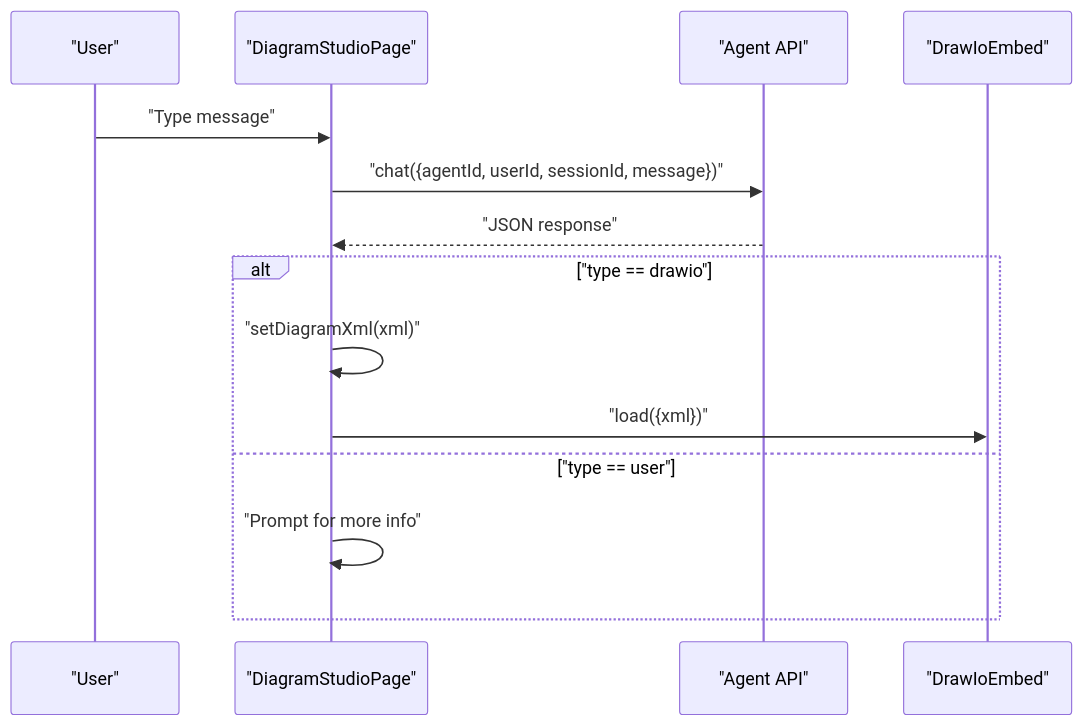
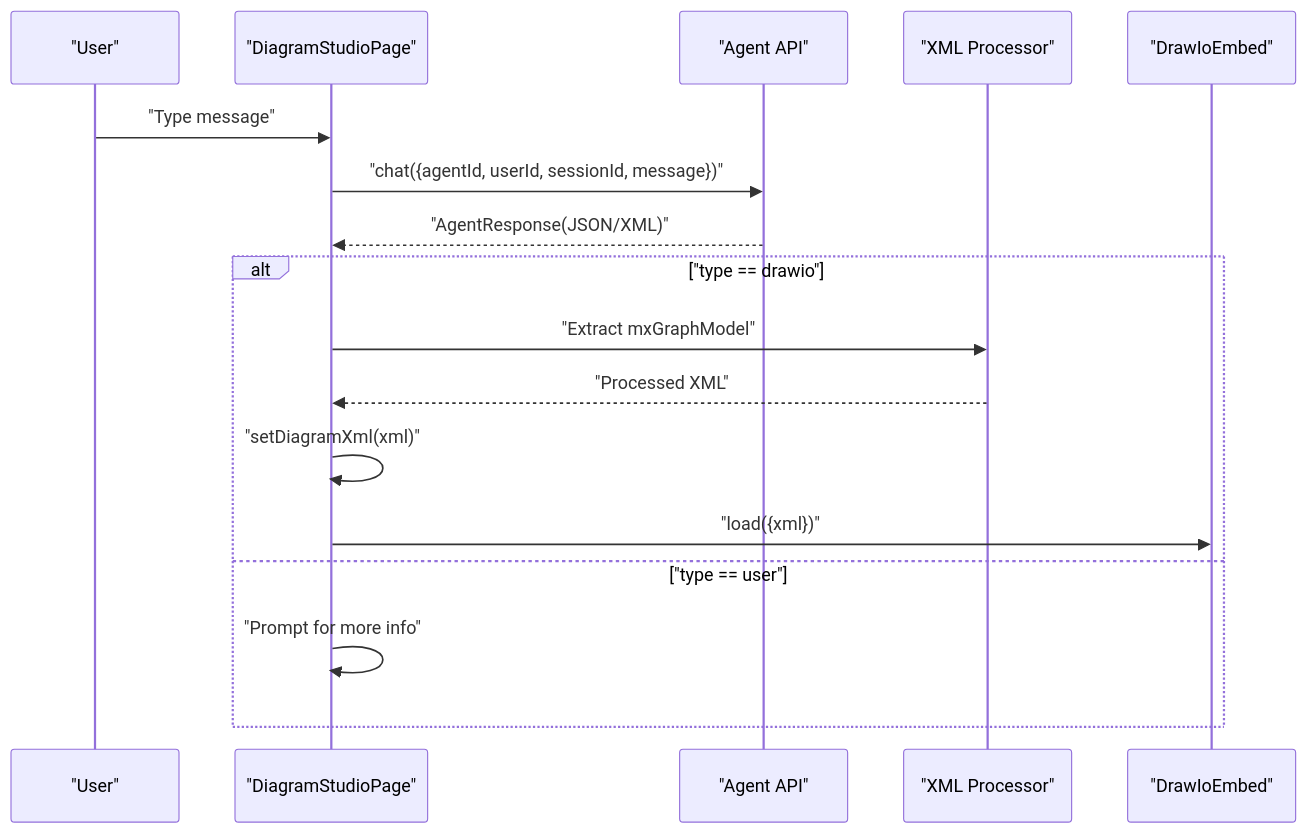
One commit to shrekboss/agent-draw-io-front changed the seventh of 14 diagrams in .qoder/repowiki/en/content/Diagram Editor.md. Above: the diagram before and after it, drawn with Mermaid. The commit also changed other lines of this file and 13 other files, not shown here.

Commit message:
feat(agent-draw-io-front): 优化交互式画图

````diff
--- a/.qoder/repowiki/en/content/Diagram Editor.md
+++ b/.qoder/repowiki/en/content/Diagram Editor.md
@@ -172,16 +344,19 @@
 ```mermaid
 sequenceDiagram
 participant U as "User"
 participant P as "DiagramStudioPage"
 participant A as "Agent API"
+participant X as "XML Processor"
 participant D as "DrawIoEmbed"
 U->>P : "Type message"
 P->>A : "chat({agentId, userId, sessionId, message})"
-A-->>P : "JSON response"
+A-->>P : "AgentResponse(JSON/XML)"
 alt "type == drawio"
+P->>X : "Extract mxGraphModel"
+X-->>P : "Processed XML"
 P->>P : "setDiagramXml(xml)"
 P->>D : "load({xml})"
 else "type == user"
 P->>P : "Prompt for more info"
 end
 ```
````
